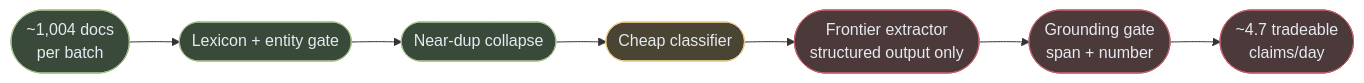
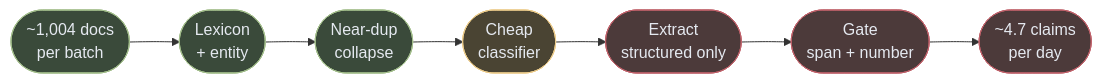
Before and after one commit to rppol/trading-agent: the fourth of 12 diagrams in docs/ARCHITECTURE.md, drawn with Mermaid. The commit also changed other lines of this file, not shown here.

First line of the commit message:
diagrams: 2 to 12, covering the system whole and each component

````diff
--- a/docs/ARCHITECTURE.md
+++ b/docs/ARCHITECTURE.md
@@ -130,15 +180,15 @@
 ```mermaid
 flowchart LR
-  A([~1,004 docs<br/>per batch]) --> B([Lexicon + entity gate])
-  B --> C([Near-dup collapse])
-  C --> D([Cheap classifier])
-  D --> E([Frontier extractor<br/>structured output only])
-  E --> F([Grounding gate<br/>span + number])
-  F --> G([~4.7 tradeable<br/>claims/day])
+  A([~1,004 docs<br/>per batch]) --> B([Lexicon<br/>+ entity])
+  B --> C([Near-dup<br/>collapse])
+  C --> D([Cheap<br/>classifier])
+  D --> E([Extract<br/>structured only])
+  E --> F([Gate<br/>span + number])
+  F --> G([~4.7 claims<br/>per day])
   classDef cheap fill:#3a4a3a,stroke:#a3be8c,color:#e5e9f0
   classDef mid fill:#4a4433,stroke:#ebcb8b,color:#e5e9f0
   classDef exp fill:#4c3a3a,stroke:#bf616a,color:#e5e9f0
   class A,B,C cheap
   class D mid
   class E,F,G exp
 ```
````
